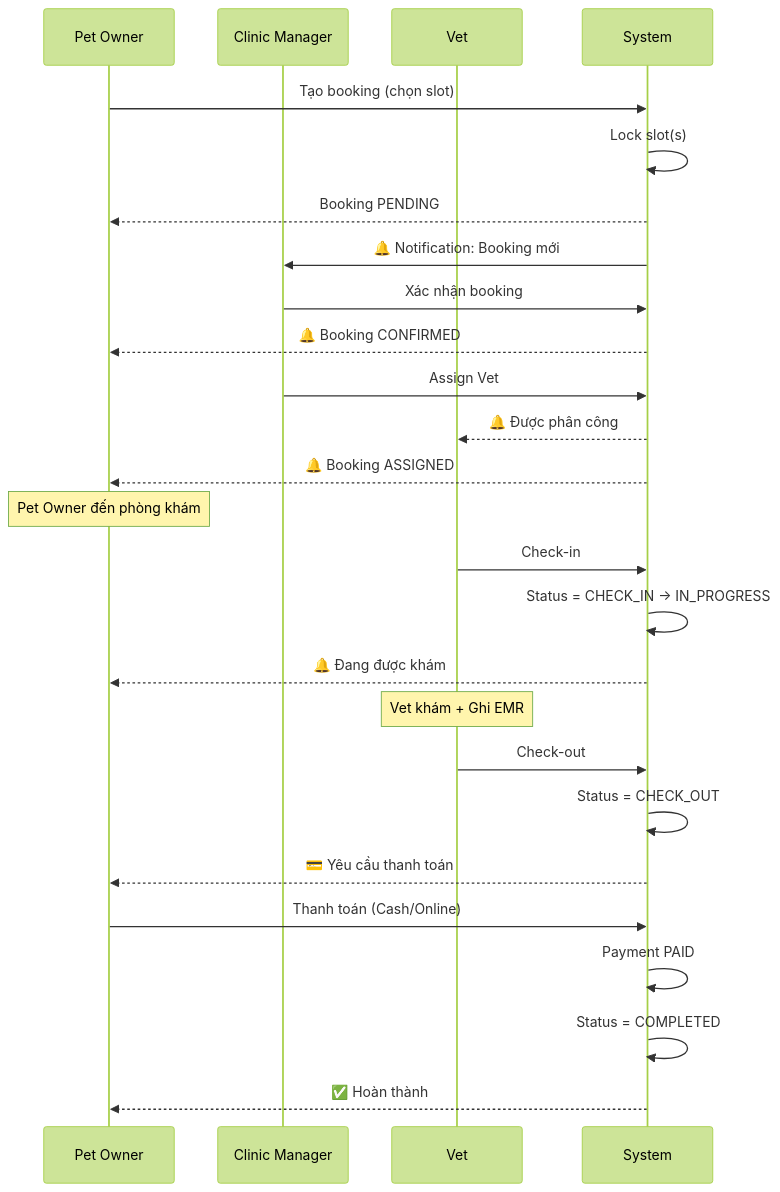
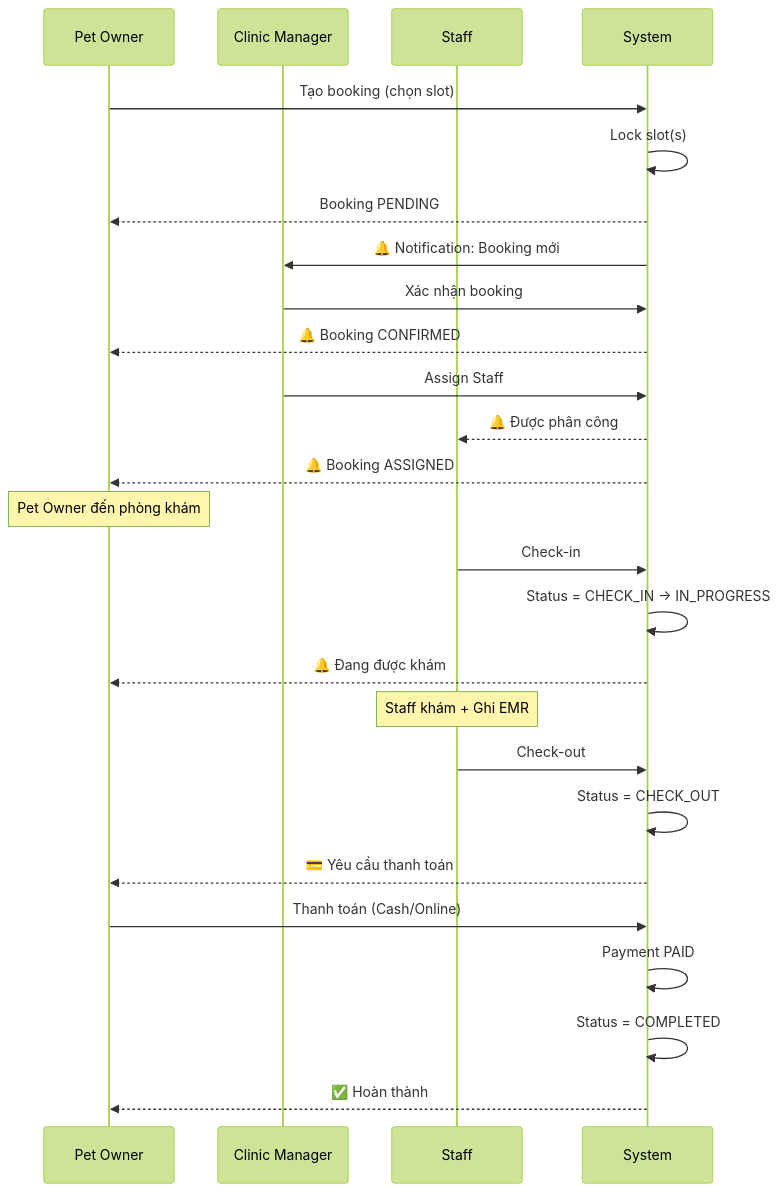
Before and after one commit to espresso23/Petties-Veterinary-Appointment-Booking-Platform: the second of 5 diagrams in docs-references/documentation/BOOKING_WORKFLOW.md, drawn with Mermaid (forest theme). The commit also changed other lines of this file and 204 other files, not shown here.

First line of the commit message:
refactor(all): complete vet→staff naming migration across codebase

````diff
--- a/docs-references/documentation/BOOKING_WORKFLOW.md
+++ b/docs-references/documentation/BOOKING_WORKFLOW.md
@@ -87,36 +87,36 @@
 ```mermaid
 sequenceDiagram
     participant PO as Pet Owner
     participant CM as Clinic Manager
-    participant V as Vet
+    participant V as Staff
     participant S as System
 
     PO->>S: Tạo booking (chọn slot)
     S->>S: Lock slot(s)
     S-->>PO: Booking PENDING
     S->>CM: 🔔 Notification: Booking mới
 
     CM->>S: Xác nhận booking
     S-->>PO: 🔔 Booking CONFIRMED
 
-    CM->>S: Assign Vet
+    CM->>S: Assign Staff
     S-->>V: 🔔 Được phân công
     S-->>PO: 🔔 Booking ASSIGNED
 
     Note over PO: Pet Owner đến phòng khám
 
     V->>S: Check-in
     S->>S: Status = CHECK_IN → IN_PROGRESS
     S-->>PO: 🔔 Đang được khám
 
-    Note over V: Vet khám + Ghi EMR
+    Note over V: Staff khám + Ghi EMR
 
     V->>S: Check-out
     S->>S: Status = CHECK_OUT
     S-->>PO: 💳 Yêu cầu thanh toán
 
     PO->>S: Thanh toán (Cash/Online)
     S->>S: Payment PAID
     S->>S: Status = COMPLETED
     S-->>PO: ✅ Hoàn thành
 ```
````
